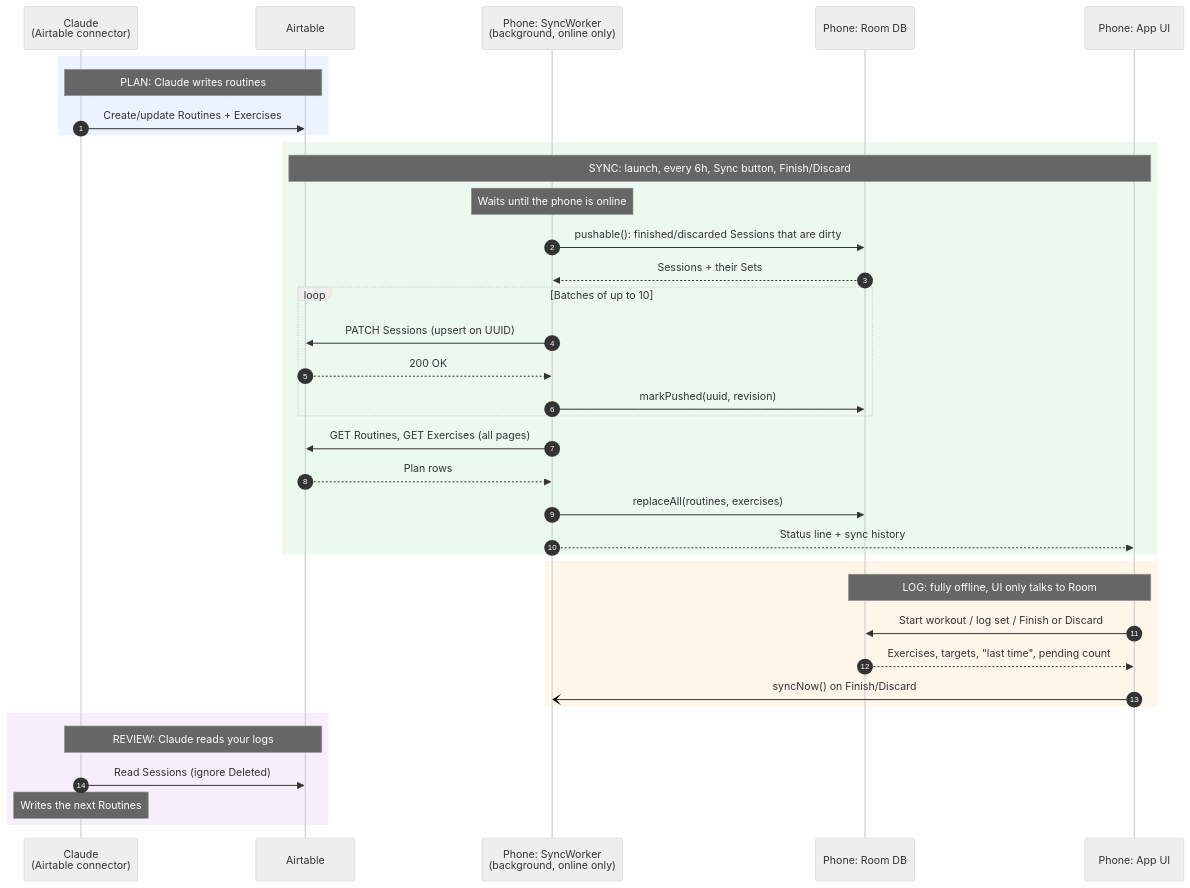
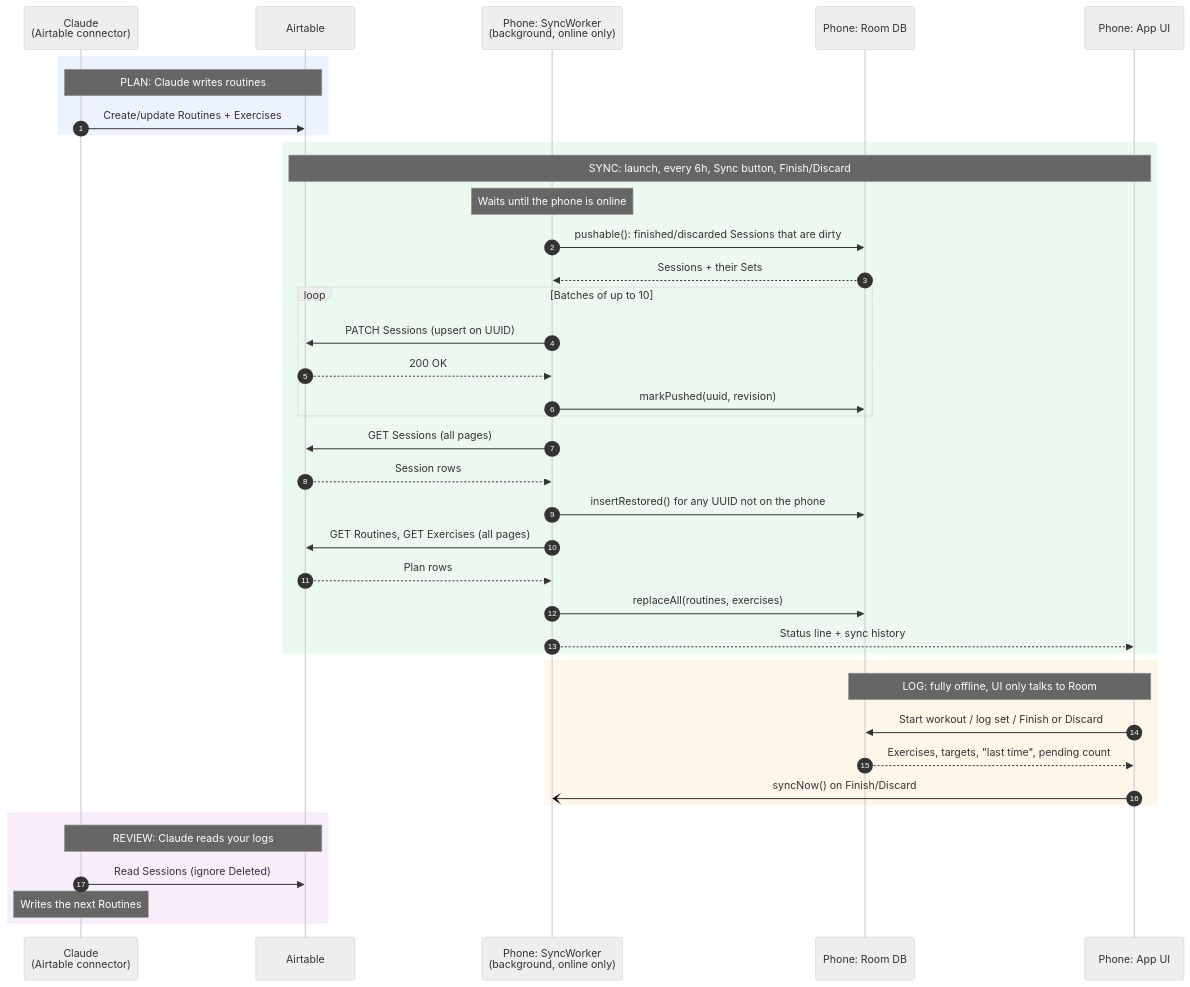
The diagram in docs/FOUNDATION.md (greg7gkb/i-workout), drawn with Mermaid (neutral theme) before and after one commit. The commit also changed other lines of this file and 11 other files, not shown here.

````diff
--- a/docs/FOUNDATION.md
+++ b/docs/FOUNDATION.md
@@ -126,43 +129,46 @@
 ```mermaid
 sequenceDiagram
     autonumber
     participant C as Claude<br/>(Airtable connector)
     participant AT as Airtable
     participant SW as Phone: SyncWorker<br/>(background, online only)
     participant DB as Phone: Room DB
     participant UI as Phone: App UI
 
     rect rgba(100, 150, 250, 0.12)
     Note over C,AT: PLAN: Claude writes routines
     C->>AT: Create/update Routines + Exercises
     end
 
     rect rgba(100, 200, 120, 0.12)
     Note over AT,UI: SYNC: launch, every 6h, Sync button, Finish/Discard
     Note over SW: Waits until the phone is online
     SW->>DB: pushable(): finished/discarded Sessions that are dirty
     DB-->>SW: Sessions + their Sets
     loop Batches of up to 10
         SW->>AT: PATCH Sessions (upsert on UUID)
         AT-->>SW: 200 OK
         SW->>DB: markPushed(uuid, revision)
     end
+    SW->>AT: GET Sessions (all pages)
+    AT-->>SW: Session rows
+    SW->>DB: insertRestored() for any UUID not on the phone
     SW->>AT: GET Routines, GET Exercises (all pages)
     AT-->>SW: Plan rows
     SW->>DB: replaceAll(routines, exercises)
     SW-->>UI: Status line + sync history
     end
 
     rect rgba(250, 180, 80, 0.12)
     Note over DB,UI: LOG: fully offline, UI only talks to Room
     UI->>DB: Start workout / log set / Finish or Discard
     DB-->>UI: Exercises, targets, "last time", pending count
     UI-)SW: syncNow() on Finish/Discard
     end
 
     rect rgba(180, 120, 220, 0.12)
     Note over C,AT: REVIEW: Claude reads your logs
     C->>AT: Read Sessions (ignore Deleted)
     Note over C: Writes the next Routines
     end
 ```
````
